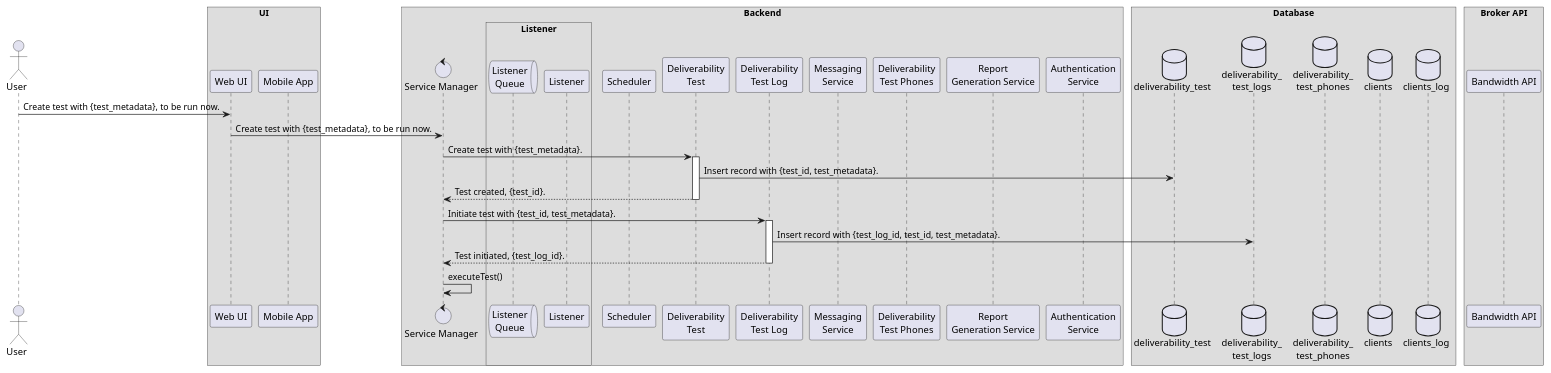
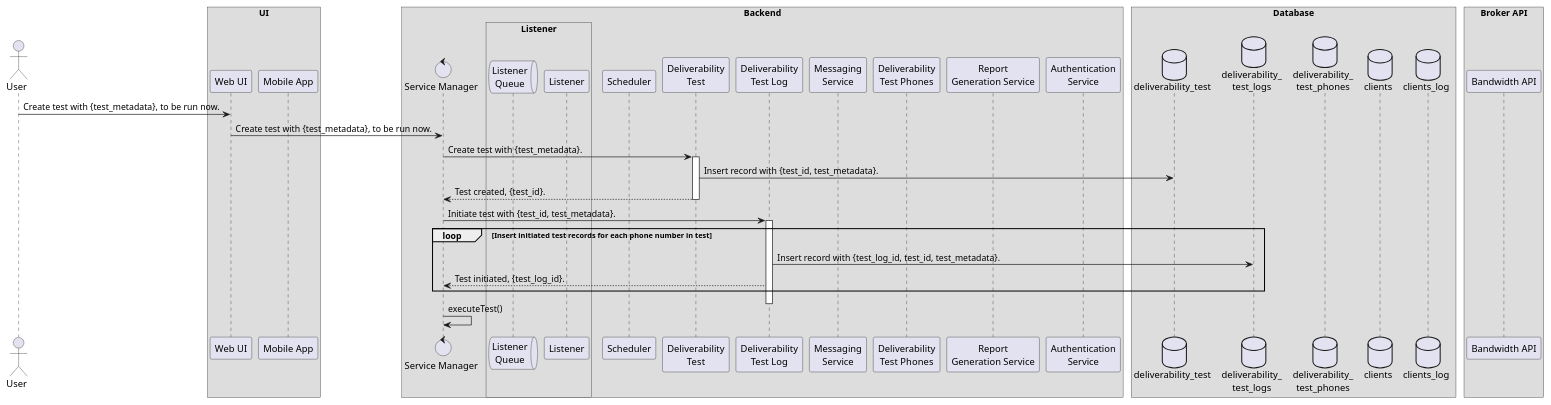
One commit to Xyz0074/testing-diagrams changed the diagram in src/sequence-diagrams/test-creation-immediate-execution-sequence-diagram.puml. Above: the diagram before and after it, drawn with PlantUML.

Commit message:
Updated immediate test creation to reflect expected behaviour.

```diff
--- a/src/sequence-diagrams/test-creation-immediate-execution-sequence-diagram.puml
+++ b/src/sequence-diagrams/test-creation-immediate-execution-sequence-diagram.puml
@@ -1,61 +1,63 @@
 @startuml
 !pragma teoz true
 
 /'Defines the protocol when a user submits a request to create and execute a test immediately.'/
 /'author: Luvai Cutlerywala <luvaidc@gmail.com>'/
 
 /'Define the actors and participants.'/
 actor User as user
 
 box UI
     participant "Web UI" as web_ui
     participant "Mobile App" as mobile_app
 end box
 
 box Backend
     control "Service Manager" as service_manager
 
     box Listener
         queue "Listener\nQueue" as listener_queue
         participant "Listener" as listener
     end box
 
     participant "Scheduler" as scheduler
     participant "Deliverability\nTest" as deliverability_test
     participant "Deliverability\nTest Log" as deliverability_test_log
     participant "Messaging\nService" as messenger
     participant "Deliverability\nTest Phones" as deliverability_test_phones
     participant "Report\nGeneration Service" as report_generator
     participant "Authentication\nService" as auth
 end box
 
 box Database
     database "deliverability_test" as dt
     database "deliverability_\ntest_logs" as dtl
     database "deliverability_\ntest_phones" as dtp
     database clients as clients
     database clients_log as cl
 end box
 
 box "Broker API"
     participant "Bandwidth API" as broker_api
 end box
 
 box "Broker API"
     participant "Bandwidth API" as broker_api
 end box
 
 user -> web_ui: Create test with {test_metadata}, to be run now.
 web_ui -> service_manager: Create test with {test_metadata}, to be run now.
 service_manager -> deliverability_test: Create test with {test_metadata}.
 activate deliverability_test
 deliverability_test -> dt: Insert record with {test_id, test_metadata}.
 deliverability_test --> service_manager: Test created, {test_id}.
 deactivate deliverability_test
 service_manager -> deliverability_test_log: Initiate test with {test_id, test_metadata}.
 activate deliverability_test_log
-deliverability_test_log -> dtl: Insert record with {test_log_id, test_id, test_metadata}.
-deliverability_test_log --> service_manager: Test initiated, {test_log_id}.
+loop Insert initiated test records for each phone number in test
+    deliverability_test_log -> dtl: Insert record with {test_log_id, test_id, test_metadata}.
+    deliverability_test_log --> service_manager: Test initiated, {test_log_id}.
+end loop
 deactivate deliverability_test_log
 service_manager -> service_manager: executeTest()
 @enduml
```
